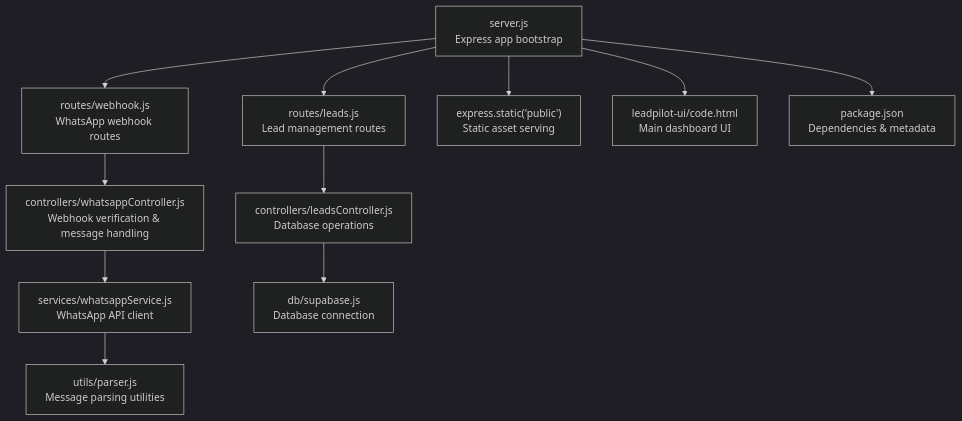
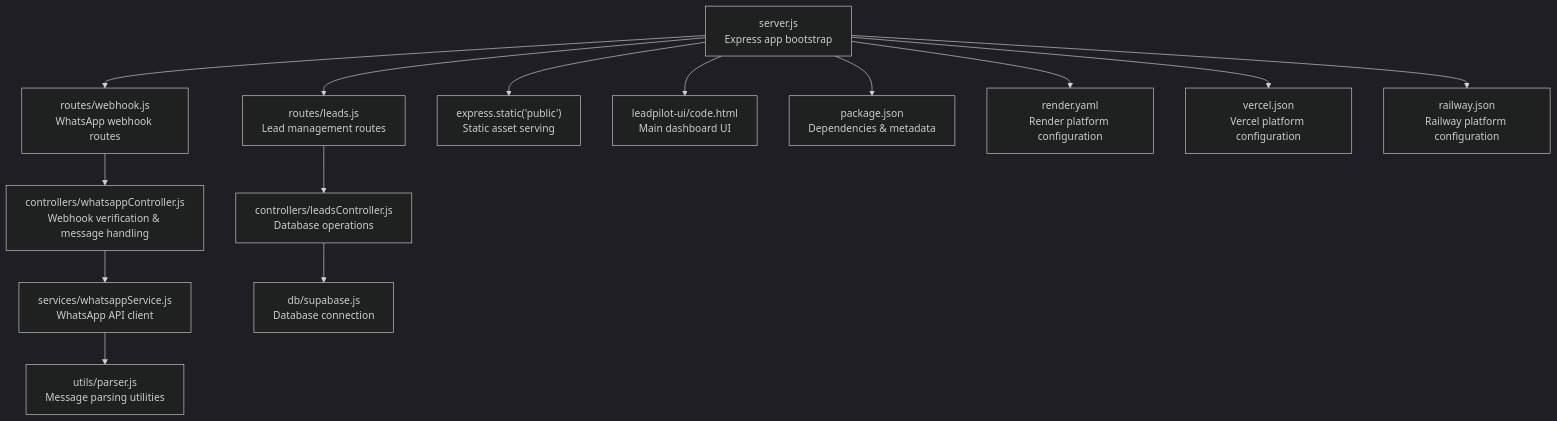
The first of 2 diagrams in .qoder/repowiki/en/content/Deployment & Operations.md (hariom-wdsadhunik/SaaS-Project), drawn with Mermaid (dark theme) before and after one commit. The commit also changed other lines of this file and 27 other files, not shown here.

````diff
--- a/.qoder/repowiki/en/content/Deployment & Operations.md
+++ b/.qoder/repowiki/en/content/Deployment & Operations.md
@@ -54,13 +58,16 @@
 ```mermaid
 graph TB
 A["server.js<br/>Express app bootstrap"] --> B["routes/webhook.js<br/>WhatsApp webhook routes"]
 A --> C["routes/leads.js<br/>Lead management routes"]
 A --> D["express.static('public')<br/>Static asset serving"]
 A --> E["leadpilot-ui/code.html<br/>Main dashboard UI"]
 B --> F["controllers/whatsappController.js<br/>Webhook verification & message handling"]
 C --> G["controllers/leadsController.js<br/>Database operations"]
 F --> H["services/whatsappService.js<br/>WhatsApp API client"]
 G --> I["db/supabase.js<br/>Database connection"]
 H --> J["utils/parser.js<br/>Message parsing utilities"]
 A --> K["package.json<br/>Dependencies & metadata"]
+A --> L["render.yaml<br/>Render platform configuration"]
+A --> M["vercel.json<br/>Vercel platform configuration"]
+A --> N["railway.json<br/>Railway platform configuration"]
 ```
````
